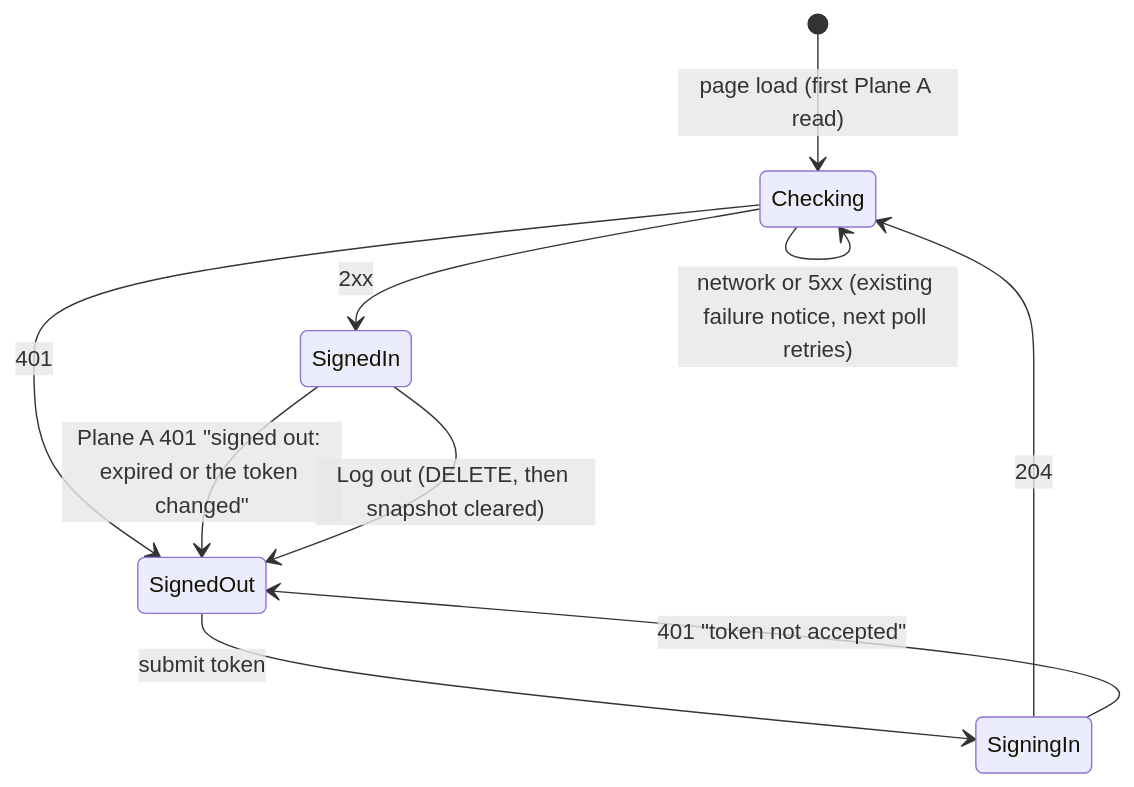
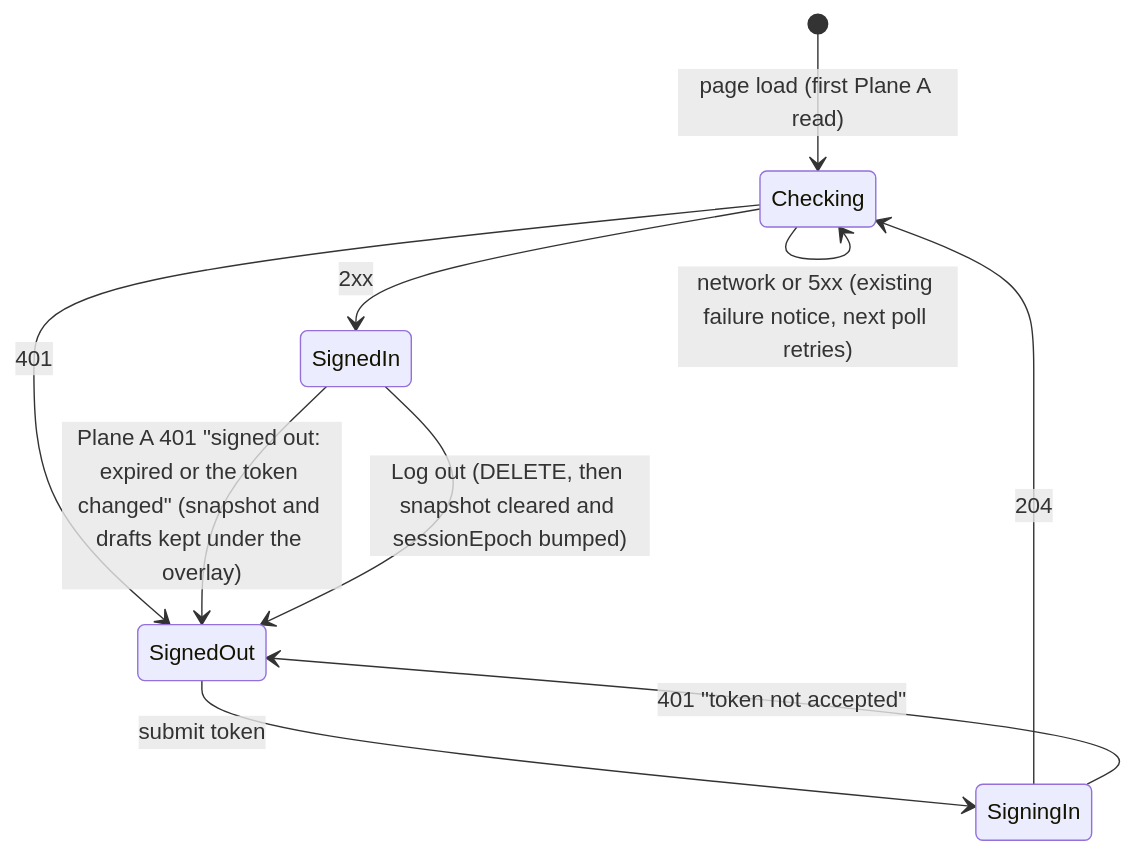
Before and after one commit to mcurcio/photo-wall: the second of 2 diagrams in docs/operator-console-ux-pass2-session.md, drawn with Mermaid. The commit also changed other lines of this file and 5 other files, not shown here.

````diff
--- a/docs/operator-console-ux-pass2-session.md
+++ b/docs/operator-console-ux-pass2-session.md
@@ -137,12 +137,12 @@
 ```mermaid
 stateDiagram-v2
   [*] --> Checking: page load (first Plane A read)
   Checking --> SignedIn: 2xx
   Checking --> SignedOut: 401
   Checking --> Checking: network or 5xx (existing failure notice, next poll retries)
   SignedOut --> SigningIn: submit token
   SigningIn --> Checking: 204
   SigningIn --> SignedOut: 401 "token not accepted"
-  SignedIn --> SignedOut: Plane A 401 "signed out: expired or the token changed"
-  SignedIn --> SignedOut: Log out (DELETE, then snapshot cleared)
+  SignedIn --> SignedOut: Plane A 401 "signed out: expired or the token changed" (snapshot and drafts kept under the overlay)
+  SignedIn --> SignedOut: Log out (DELETE, then snapshot cleared and sessionEpoch bumped)
 ```
````
